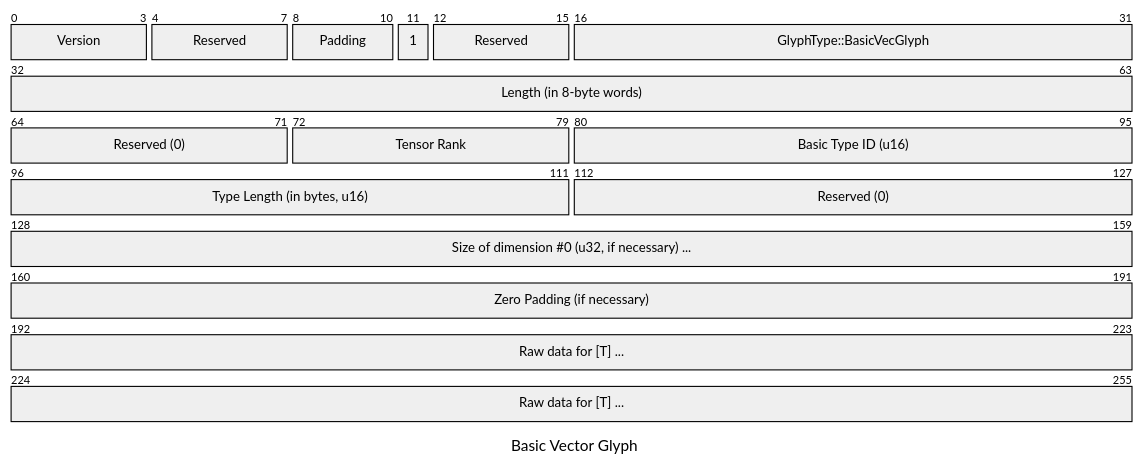
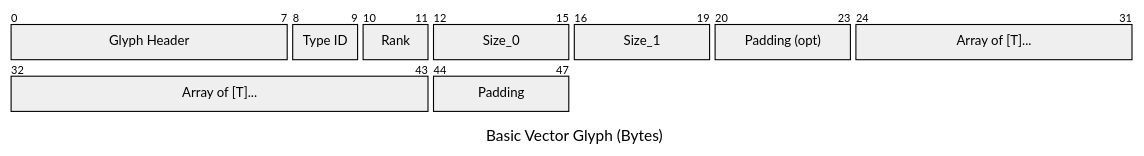
Before and after one commit to elara-themica/glifs-contributor-guide: diagram 12 of 15 in src/binary_formats.md, drawn with Mermaid. The commit also changed other lines of this file, not shown here.

````diff
--- a/src/binary_formats.md
+++ b/src/binary_formats.md
@@ -343,21 +324,14 @@
 ```mermaid
 ---
-title: "Basic Vector Glyph"
+title: "Basic Vector Glyph (Bytes)"
 ---
 packet-beta
-0-3: "Version"
-4-7: "Reserved"
-8-10: "Padding"
-11: "1"
-12-15: "Reserved"
-16-31: "GlyphType::BasicVecGlyph"
-32-63: "Length (in 8-byte words)"
-64-71: "Reserved (0)"
-72-79: "Tensor Rank"
-80-95: "Basic Type ID (u16)"
-96-111: "Type Length (in bytes, u16)"
-112-127: "Reserved (0)"
-128-159: "Size of dimension #0 (u32, if necessary) ..."
-160-191: "Zero Padding (if necessary)"
-192-255: "Raw data for [T] ..."
+0-7: "Glyph Header"
+8-9: "Type ID"
+10-11: "Rank"
+12-15: "Size_0"
+16-19: "Size_1"
+20-23: "Padding (opt)"
+24-43: "Array of [T]..."
+44-47: "Padding"
 ```
````
